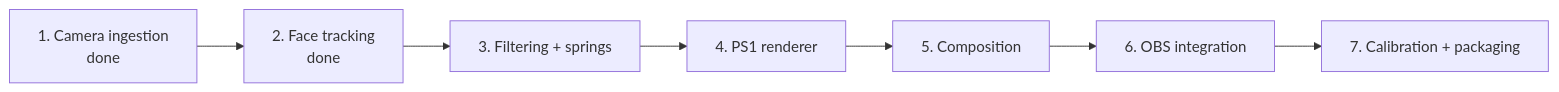
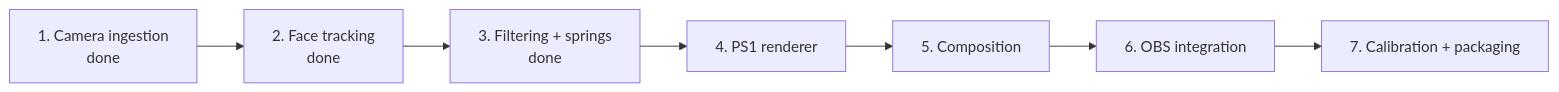
One commit to Zanark/KardboardCode-VTuber changed the first of 3 diagrams in docs/08-roadmap/README.md. Above: the diagram before and after it, drawn with Mermaid. The commit also changed other lines of this file and 18 other files, not shown here.

````diff
--- a/docs/08-roadmap/README.md
+++ b/docs/08-roadmap/README.md
@@ -9,9 +9,9 @@
 ```mermaid
 flowchart LR
     Done["1. Camera ingestion<br/>done"] --> Track["2. Face tracking<br/>done"]
-    Track --> Filter["3. Filtering + springs"]
+    Track --> Filter["3. Filtering + springs<br/>done"]
     Filter --> Render["4. PS1 renderer"]
     Render --> Compose["5. Composition"]
     Compose --> OBS["6. OBS integration"]
     OBS --> Polish["7. Calibration + packaging"]
 ```
````
